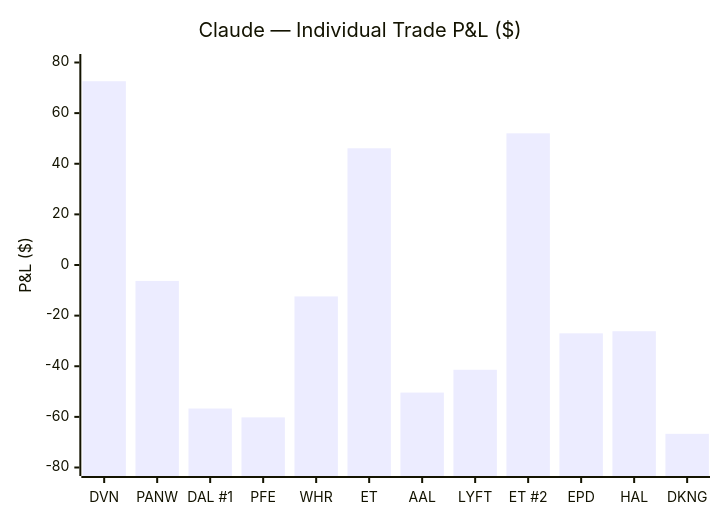
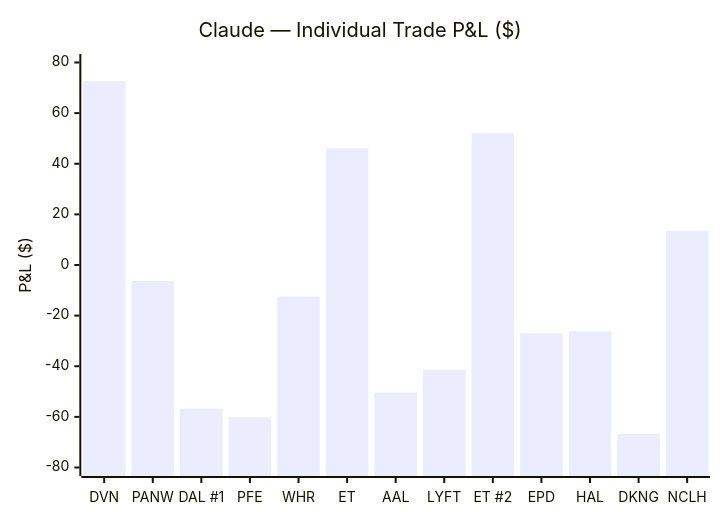
Before and after one commit to zachisit/ai-auto-buy-thesis: the second of 5 diagrams in README.md, drawn with Mermaid. The commit also changed other lines of this file and 2 other files, not shown here.

Commit message:
Update README and add session logs for 6/8 — NCLH closed +$13.50 (first non-energy win), AAL buy stop placed

````diff
--- a/README.md
+++ b/README.md
@@ -39,7 +39,7 @@
 ```mermaid
 xychart-beta
     title "Claude — Individual Trade P&L ($)"
-    x-axis ["DVN", "PANW", "DAL #1", "PFE", "WHR", "ET", "AAL", "LYFT", "ET #2", "EPD", "HAL", "DKNG"]
+    x-axis ["DVN", "PANW", "DAL #1", "PFE", "WHR", "ET", "AAL", "LYFT", "ET #2", "EPD", "HAL", "DKNG", "NCLH"]
     y-axis "P&L ($)" -80 --> 80
-    bar [72.60, -6.30, -56.70, -60.20, -12.41, 46.11, -50.40, -41.40, 52.02, -27.00, -26.16, -66.69]
+    bar [72.60, -6.30, -56.70, -60.20, -12.41, 46.11, -50.40, -41.40, 52.02, -27.00, -26.16, -66.69, 13.50]
 ```
````
